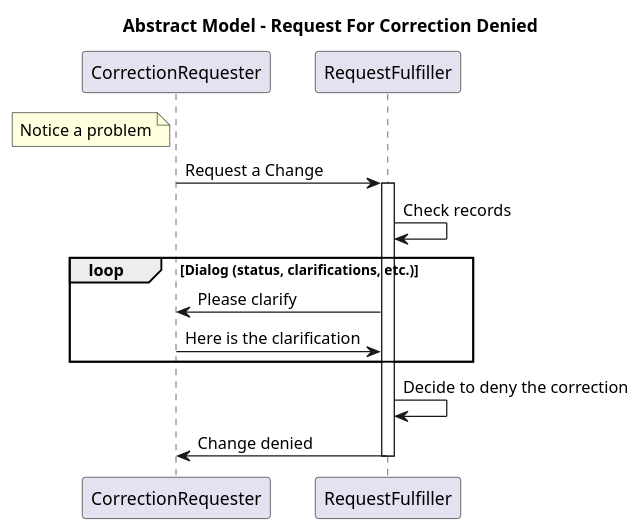
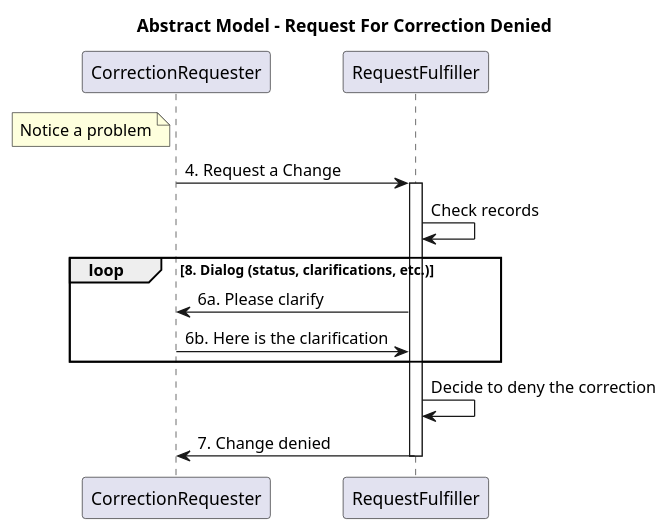
The diagram in input/images-source/use-case-2.plantuml (HL7/fhir-patient-correction), drawn with PlantUML before and after one commit. The commit also changed 7 other files, not shown here.

```diff
--- a/input/images-source/use-case-2.plantuml
+++ b/input/images-source/use-case-2.plantuml
@@ -1,20 +1,20 @@
 @startuml
 title Abstract Model - Request For Correction Denied
 
 note left of CorrectionRequester
 Notice a problem
 end note
-CorrectionRequester->RequestFulfiller : Request a Change
+CorrectionRequester->RequestFulfiller : 4. Request a Change
 Activate RequestFulfiller
 RequestFulfiller->RequestFulfiller : Check records
 
-loop Dialog (status, clarifications, etc.)
-   RequestFulfiller->CorrectionRequester : Please clarify
-   CorrectionRequester->RequestFulfiller : Here is the clarification
+loop 8. Dialog (status, clarifications, etc.)
+   RequestFulfiller->CorrectionRequester : 6a. Please clarify
+   CorrectionRequester->RequestFulfiller : 6b. Here is the clarification
 end
 
 RequestFulfiller->RequestFulfiller : Decide to deny the correction
-RequestFulfiller->CorrectionRequester : Change denied
+RequestFulfiller->CorrectionRequester : 7. Change denied
 Deactivate RequestFulfiller
 
 @enduml
```
